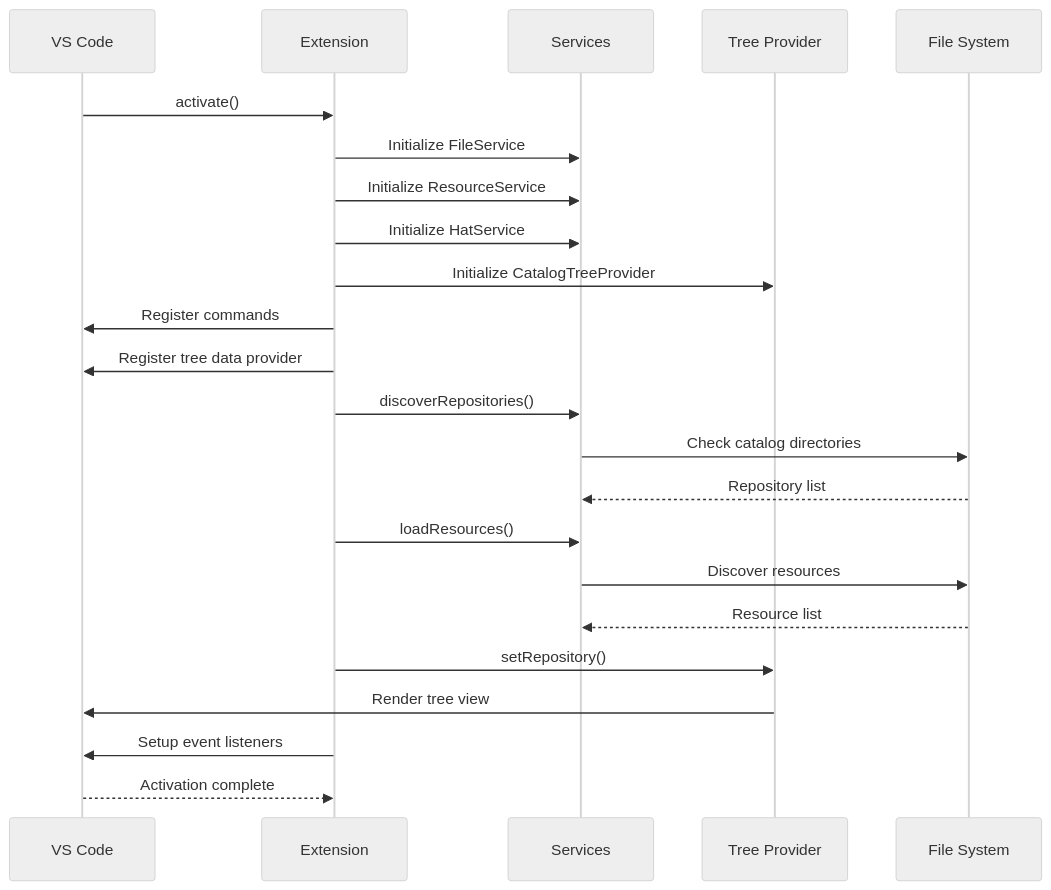
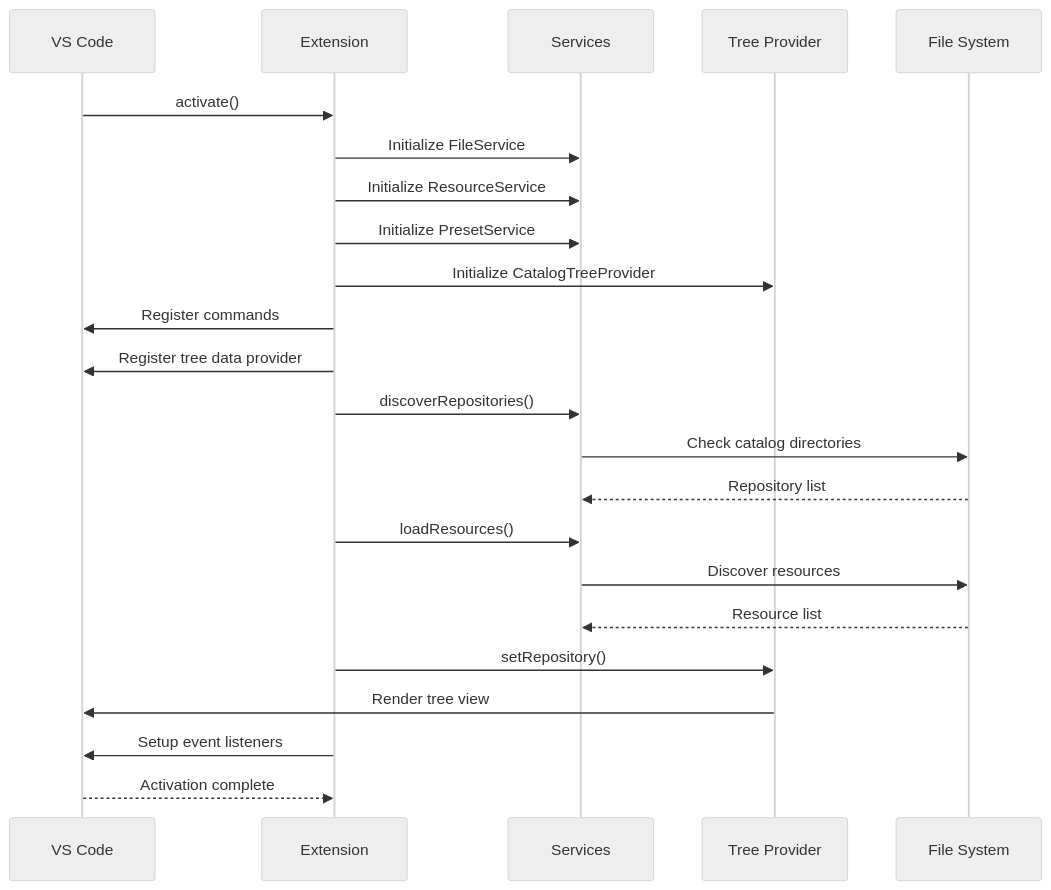
One commit to microsoft/ContextShare changed the sixth of 10 diagrams in SOFTWARE_ARCHITECTURE_SPECIFICATION.md. Above: the diagram before and after it, drawn with Mermaid (neutral theme). The commit also changed other lines of this file and 1 other file, not shown here.

Commit message:
Complete terminology update: all documentation and architecture specs updated Hat→Preset

````diff
--- a/SOFTWARE_ARCHITECTURE_SPECIFICATION.md
+++ b/SOFTWARE_ARCHITECTURE_SPECIFICATION.md
@@ -975,26 +975,26 @@
 ```mermaid
 sequenceDiagram
     participant VSCode as VS Code
     participant Ext as Extension
     participant Services as Services
     participant UI as Tree Provider
     participant FS as File System
     
     VSCode->>Ext: activate()
     Ext->>Services: Initialize FileService
     Ext->>Services: Initialize ResourceService
-    Ext->>Services: Initialize HatService
+    Ext->>Services: Initialize PresetService
     Ext->>UI: Initialize CatalogTreeProvider
     Ext->>VSCode: Register commands
     Ext->>VSCode: Register tree data provider
     Ext->>Services: discoverRepositories()
     Services->>FS: Check catalog directories
     FS-->>Services: Repository list
     Ext->>Services: loadResources()
     Services->>FS: Discover resources
     FS-->>Services: Resource list
     Ext->>UI: setRepository()
     UI->>VSCode: Render tree view
     Ext->>VSCode: Setup event listeners
     VSCode-->>Ext: Activation complete
 ```
````
